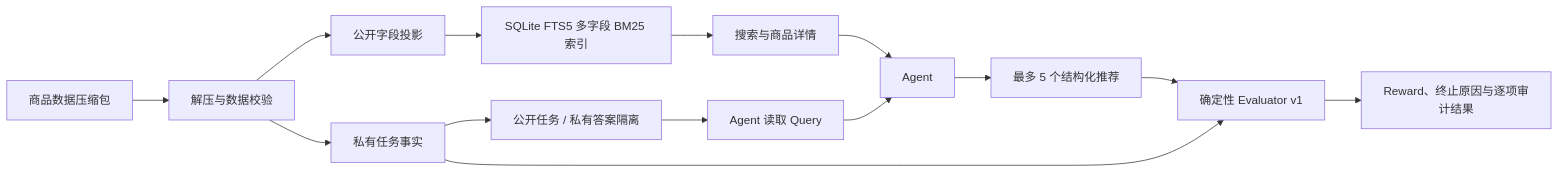
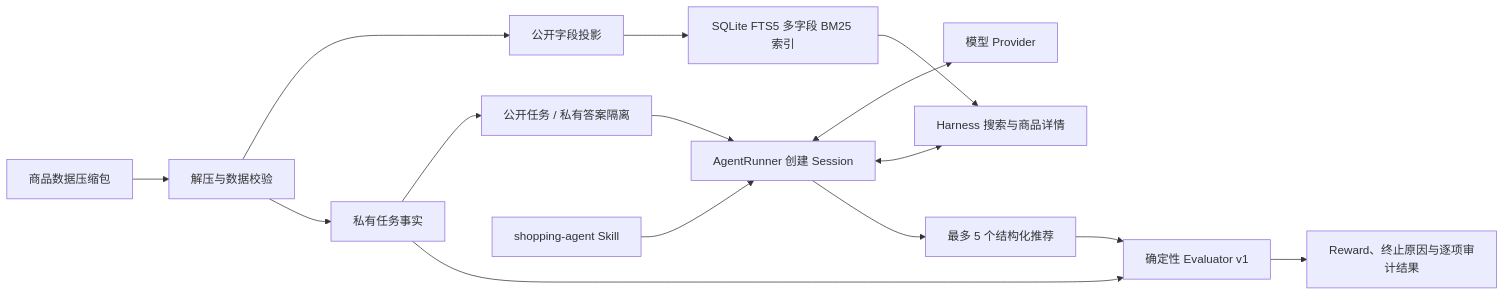
Before and after one commit to Nonomi-Xu/Shopping-Simulator-Harness: the diagram in README.md, drawn with Mermaid. The commit also changed other lines of this file and 19 other files, not shown here.

Commit message:
feat: add provider-driven shopping agent runtime

````diff
--- a/README.md
+++ b/README.md
@@ -31,16 +33,17 @@
 ```mermaid
 flowchart LR
     A[商品数据压缩包] --> B[解压与数据校验]
     B --> C[公开字段投影]
     B --> D[私有任务事实]
     C --> E[SQLite FTS5 多字段 BM25 索引]
     D --> F[公开任务 / 私有答案隔离]
-    F --> G[Agent 读取 Query]
-    E --> H[搜索与商品详情]
-    G --> I[Agent]
-    H --> I
-    I --> J[最多 5 个结构化推荐]
+    F --> G[AgentRunner 创建 Session]
+    M[shopping-agent Skill] --> G
+    G <--> I[模型 Provider]
+    G <--> H[Harness 搜索与商品详情]
+    E --> H
+    G --> J[最多 5 个结构化推荐]
     J --> K[确定性 Evaluator v1]
     D --> K
     K --> L[Reward、终止原因与逐项审计结果]
 ```
````
